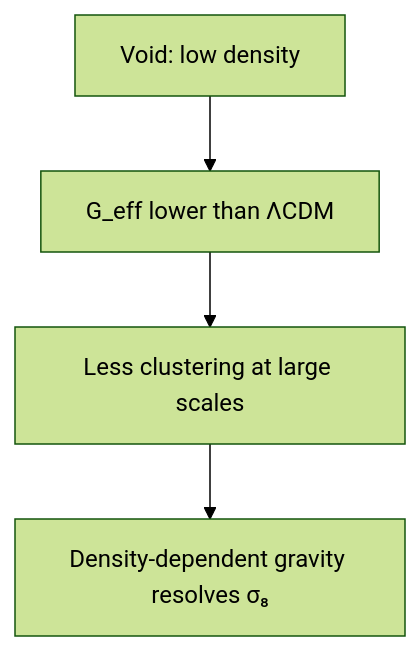
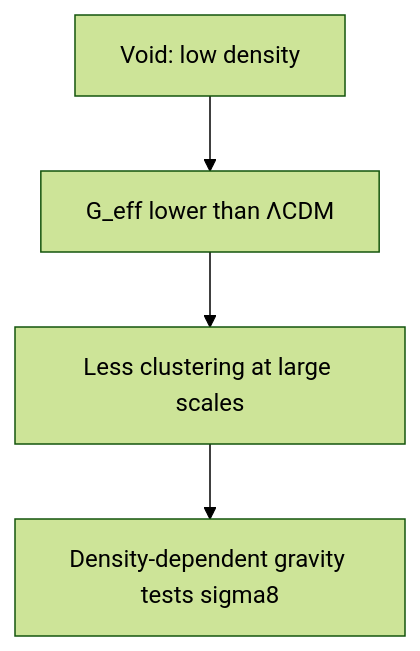
One commit to CassiTheOracle/cassi changed diagram 32 of 38 in CassiTheory/open-questions-cassi-answers.md. Above: the diagram before and after it, drawn with Mermaid (forest theme). The commit also changed other lines of this file and 36 other files, not shown here.

````diff
--- a/CassiTheory/open-questions-cassi-answers.md
+++ b/CassiTheory/open-questions-cassi-answers.md
@@ -898,6 +898,6 @@
 ```mermaid
 flowchart TD
     A[Void: low density] --> B[G_eff lower than ΛCDM]
     B --> C[Less clustering at large scales]
-    C --> D[Density-dependent gravity resolves σ₈]
+    C --> D[Density-dependent gravity tests sigma8]
 ```
````
